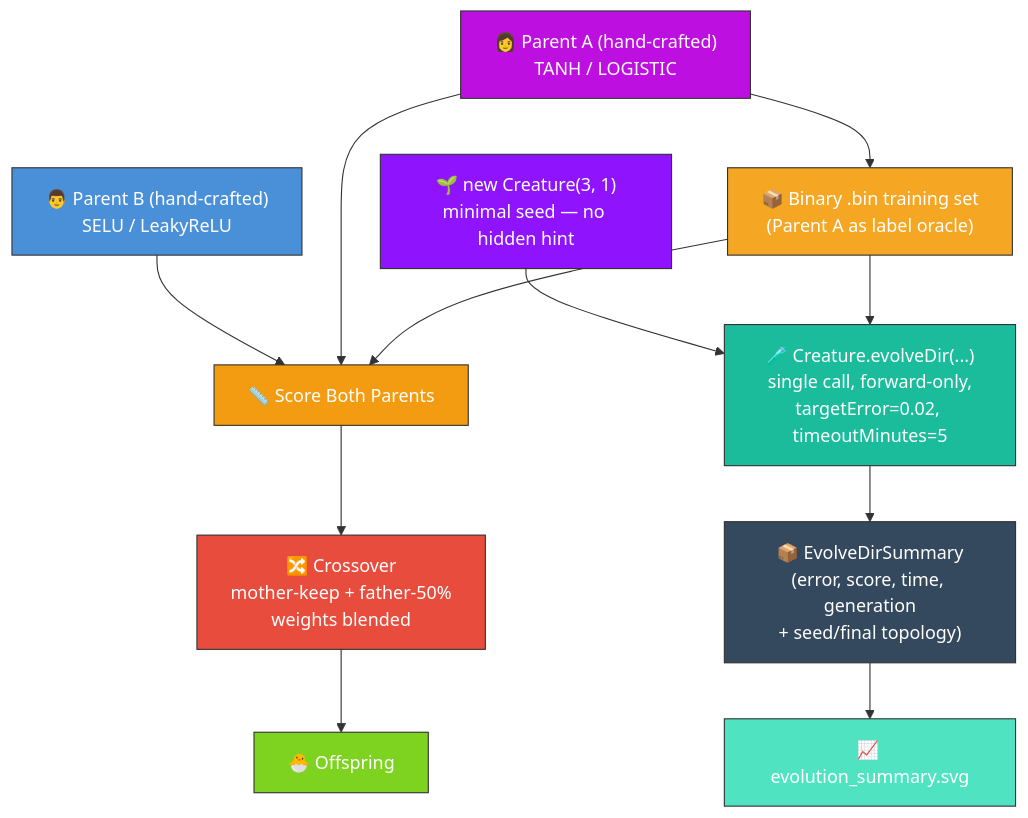
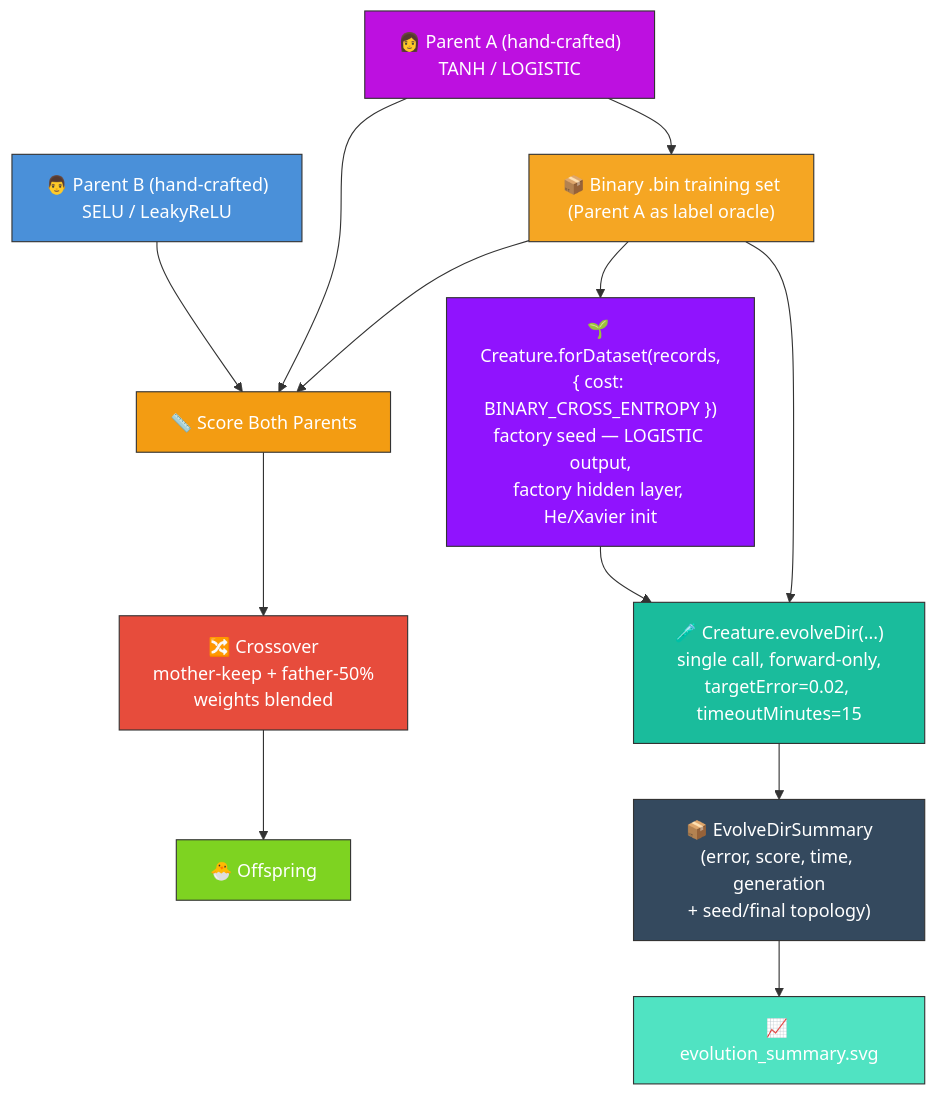
The diagram in crossover/README.md (stSoftwareAU/NEAT-AI-Examples), drawn with Mermaid before and after one commit. The commit also changed other lines of this file and 6 other files, not shown here.

````diff
--- a/crossover/README.md
+++ b/crossover/README.md
@@ -15,35 +45,36 @@
 ```mermaid
 flowchart TD
     PA["👩 Parent A (hand-crafted)<br/>TANH / LOGISTIC"]
     PB["👨 Parent B (hand-crafted)<br/>SELU / LeakyReLU"]
     DATA["📦 Binary .bin training set<br/>(Parent A as label oracle)"]
     SCORE["📏 Score Both Parents"]
     CROSS["🔀 Crossover<br/>mother-keep + father-50%<br/>weights blended"]
     OFF["🐣 Offspring"]
-    SEED["🌱 new Creature(3, 1)<br/>minimal seed — no hidden hint"]
-    EVO["🧪 Creature.evolveDir(...)<br/>single call, forward-only,<br/>targetError=0.02, timeoutMinutes=5"]
+    SEED["🌱 Creature.forDataset(records,<br/>{ cost: BINARY_CROSS_ENTROPY })<br/>factory seed — LOGISTIC output,<br/>factory hidden layer, He/Xavier init"]
+    EVO["🧪 Creature.evolveDir(...)<br/>single call, forward-only,<br/>targetError=0.02, timeoutMinutes=15"]
     SUMMARY["📦 EvolveDirSummary<br/>(error, score, time, generation<br/>+ seed/final topology)"]
     OUT["📈 evolution_summary.svg"]
 
     PA --> DATA
     DATA --> SCORE
     PA --> SCORE
     PB --> SCORE
     SCORE --> CROSS
     CROSS --> OFF
+    DATA --> SEED
     DATA --> EVO
     SEED --> EVO
     EVO --> SUMMARY
     SUMMARY --> OUT
 
     style PA fill:#bd10e0,stroke:#333,color:#fff
     style PB fill:#4a90d9,stroke:#333,color:#fff
     style DATA fill:#f5a623,stroke:#333,color:#fff
     style SCORE fill:#f39c12,stroke:#333,color:#fff
     style CROSS fill:#e74c3c,stroke:#333,color:#fff
     style OFF fill:#7ed321,stroke:#333,color:#fff
     style SEED fill:#9013fe,stroke:#333,color:#fff
     style EVO fill:#1abc9c,stroke:#333,color:#fff
     style SUMMARY fill:#34495e,stroke:#333,color:#fff
     style OUT fill:#50e3c2,stroke:#333,color:#fff
 ```
````
